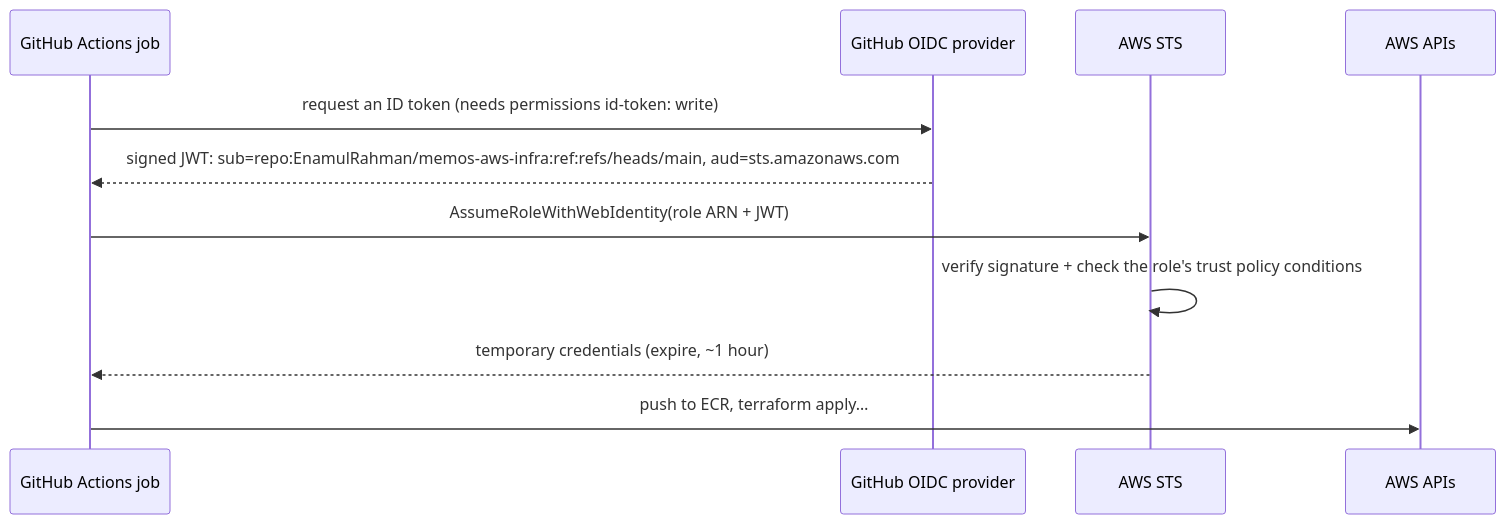
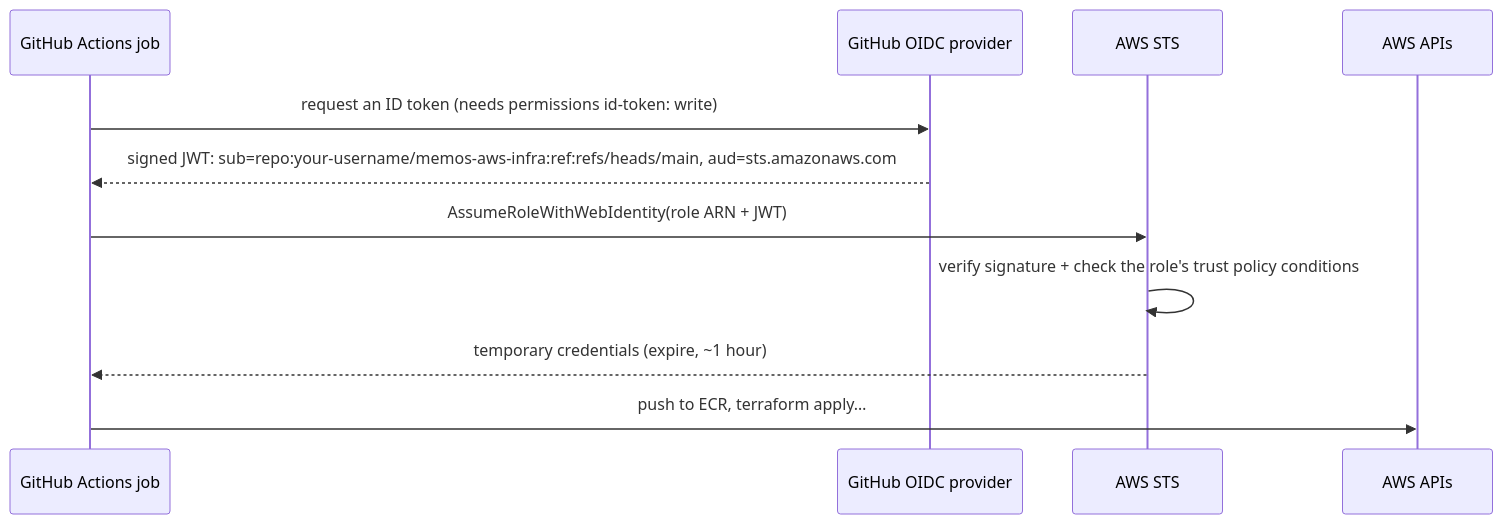
One commit to EnamulRahman/doomscrolling-app-devops changed the fourth of 6 diagrams in content/learn/14-cicd.md. Above: the diagram before and after it, drawn with Mermaid. The commit also changed other lines of this file and 36 other files, not shown here.

````diff
--- a/content/learn/14-cicd.md
+++ b/content/learn/14-cicd.md
@@ -93,13 +93,13 @@
 ```mermaid
 sequenceDiagram
   participant GH as GitHub Actions job
   participant IdP as GitHub OIDC provider
   participant STS as AWS STS
   participant AWS as AWS APIs
   GH->>IdP: request an ID token (needs permissions id-token: write)
-  IdP-->>GH: signed JWT: sub=repo:EnamulRahman/memos-aws-infra:ref:refs/heads/main, aud=sts.amazonaws.com
+  IdP-->>GH: signed JWT: sub=repo:your-username/memos-aws-infra:ref:refs/heads/main, aud=sts.amazonaws.com
   GH->>STS: AssumeRoleWithWebIdentity(role ARN + JWT)
   STS->>STS: verify signature + check the role's trust policy conditions
   STS-->>GH: temporary credentials (expire, ~1 hour)
   GH->>AWS: push to ECR, terraform apply…
 ```
````
